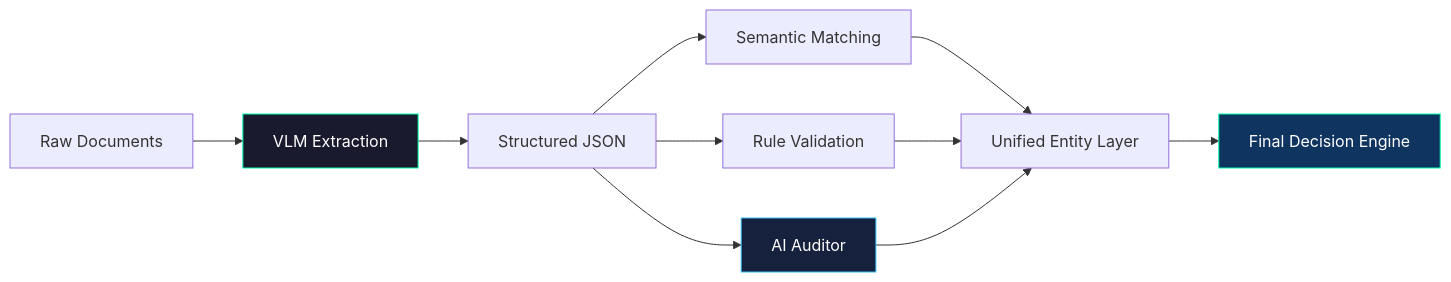
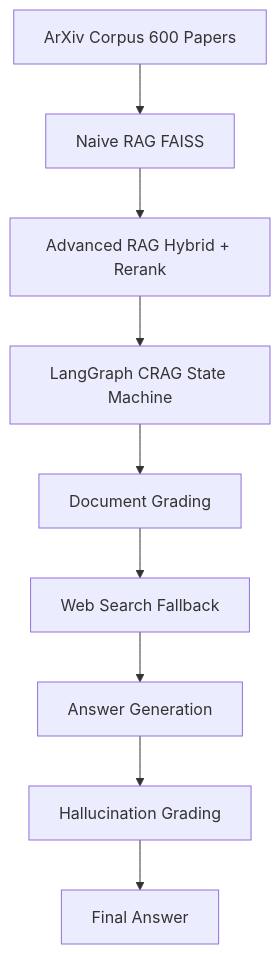
The first of 3 diagrams in README.md (pypi-ahmad/pypi-ahmad), drawn with Mermaid before and after one commit. The commit also changed other lines of this file, not shown here.

````diff
--- a/README.md
+++ b/README.md
@@ -196,19 +188,11 @@
 ```mermaid
-flowchart LR
-    A[Raw Documents] --> B[VLM Extraction]
-    B --> C[Structured JSON]
-
-    C --> D1[Semantic Matching]
-    C --> D2[Rule Validation]
-    C --> D3[AI Auditor]
-
-    D1 --> E[Unified Entity Layer]
-    D2 --> E
-    D3 --> E
-
-    E --> F[Final Decision Engine]
-
-    style B fill:#1a1a2e,stroke:#00FFAA,color:#fff
-    style D3 fill:#16213e,stroke:#36BCF7,color:#fff
-    style F fill:#0f3460,stroke:#00FFAA,color:#fff
+flowchart TD
+    A[ArXiv Corpus 600 Papers] --> B[Naive RAG FAISS]
+    B --> C[Advanced RAG Hybrid + Rerank]
+    C --> D[LangGraph CRAG State Machine]
+    D --> E[Document Grading]
+    E --> F[Web Search Fallback]
+    F --> G[Answer Generation]
+    G --> H[Hallucination Grading]
+    H --> I[Final Answer]
 ```
````
